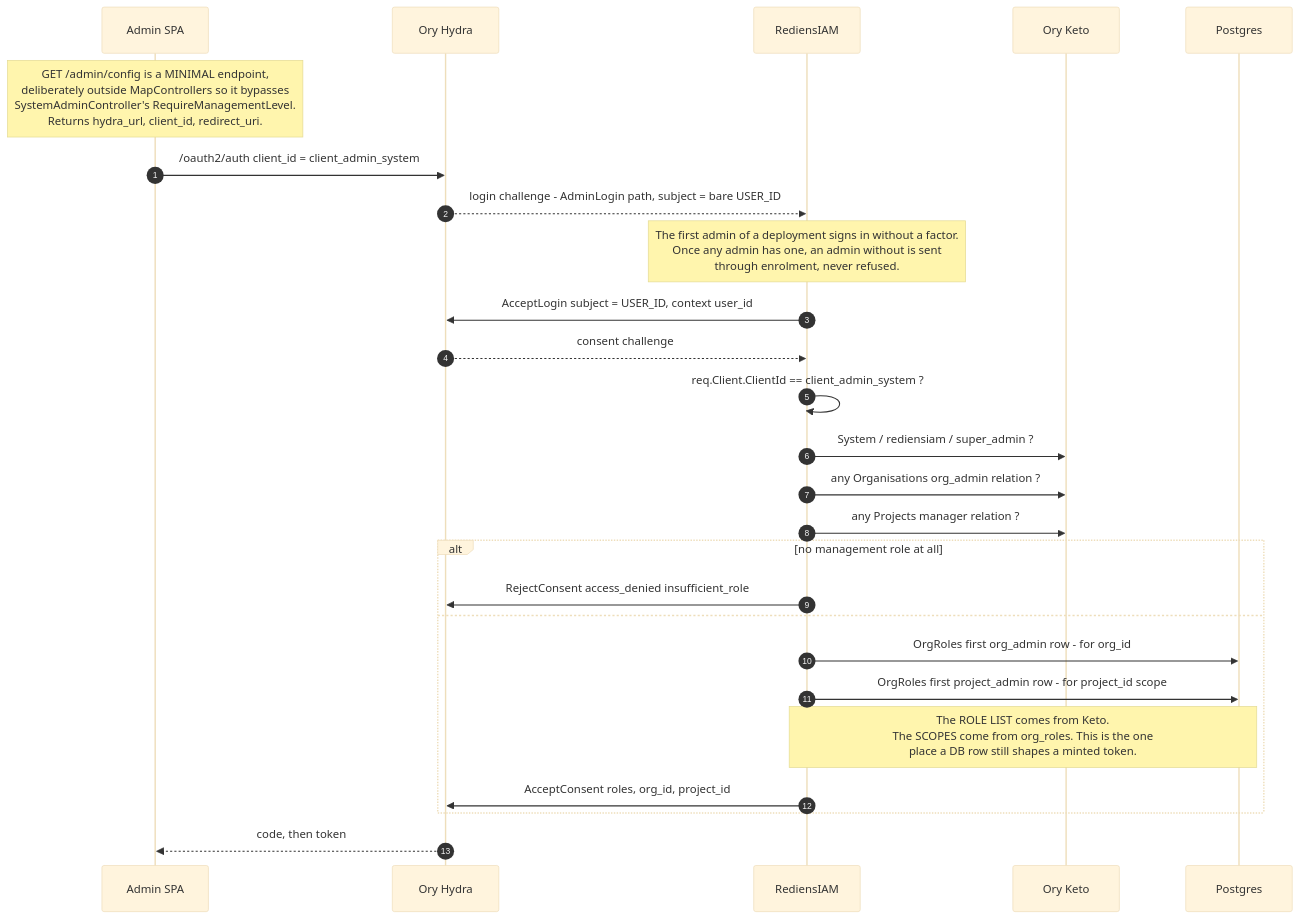
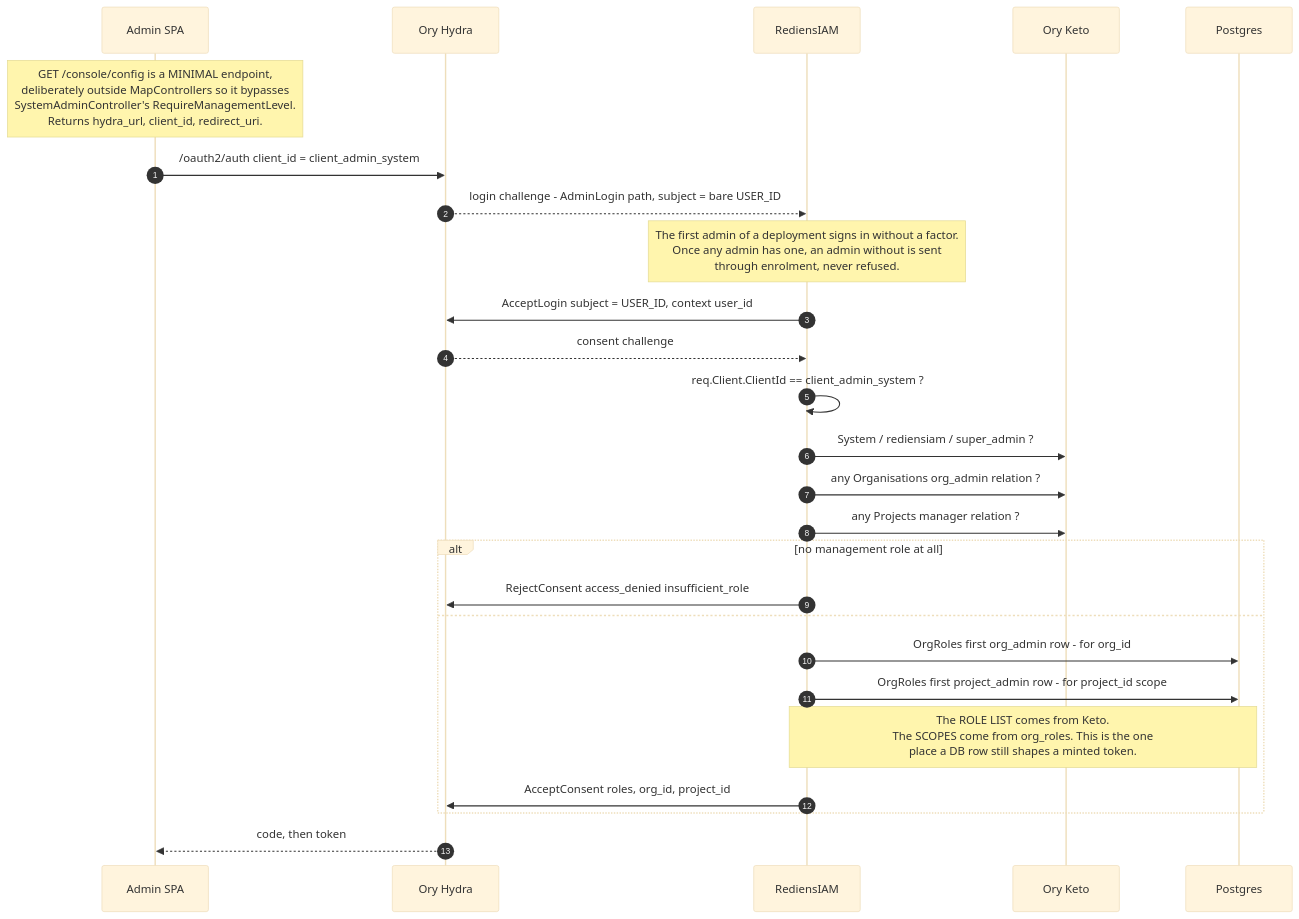
One commit to GuillaumeCariou/RediensIAM changed diagram 11 of 25 in docs/DIAGRAMS.md. Above: the diagram before and after it, drawn with Mermaid (base theme). The commit also changed other lines of this file and 55 other files, not shown here.

````diff
--- a/docs/DIAGRAMS.md
+++ b/docs/DIAGRAMS.md
@@ -494,29 +486,29 @@
 ```mermaid
 sequenceDiagram
     autonumber
     participant SPA as Admin SPA
     participant H as Ory Hydra
     participant R as RediensIAM
     participant K as Ory Keto
     participant DB as Postgres
 
-    Note over SPA: GET /admin/config is a MINIMAL endpoint,<br/>deliberately outside MapControllers so it bypasses<br/>SystemAdminController's RequireManagementLevel.<br/>Returns hydra_url, client_id, redirect_uri.
+    Note over SPA: GET /console/config is a MINIMAL endpoint,<br/>deliberately outside MapControllers so it bypasses<br/>SystemAdminController's RequireManagementLevel.<br/>Returns hydra_url, client_id, redirect_uri.
     SPA->>H: /oauth2/auth  client_id = client_admin_system
     H-->>R: login challenge - AdminLogin path, subject = bare USER_ID
     Note over R: The first admin of a deployment signs in without a factor.<br/>Once any admin has one, an admin without is sent<br/>through enrolment, never refused.
     R->>H: AcceptLogin subject = USER_ID, context user_id
     H-->>R: consent challenge
     R->>R: req.Client.ClientId == client_admin_system ?
     R->>K: System / rediensiam / super_admin ?
     R->>K: any Organisations org_admin relation ?
     R->>K: any Projects manager relation ?
     alt no management role at all
         R->>H: RejectConsent access_denied insufficient_role
     else
         R->>DB: OrgRoles first org_admin row - for org_id
         R->>DB: OrgRoles first project_admin row - for project_id scope
         Note over R,DB: The ROLE LIST comes from Keto.<br/>The SCOPES come from org_roles. This is the one<br/>place a DB row still shapes a minted token.
         R->>H: AcceptConsent  roles, org_id, project_id
     end
     H-->>SPA: code, then token
 ```
````
